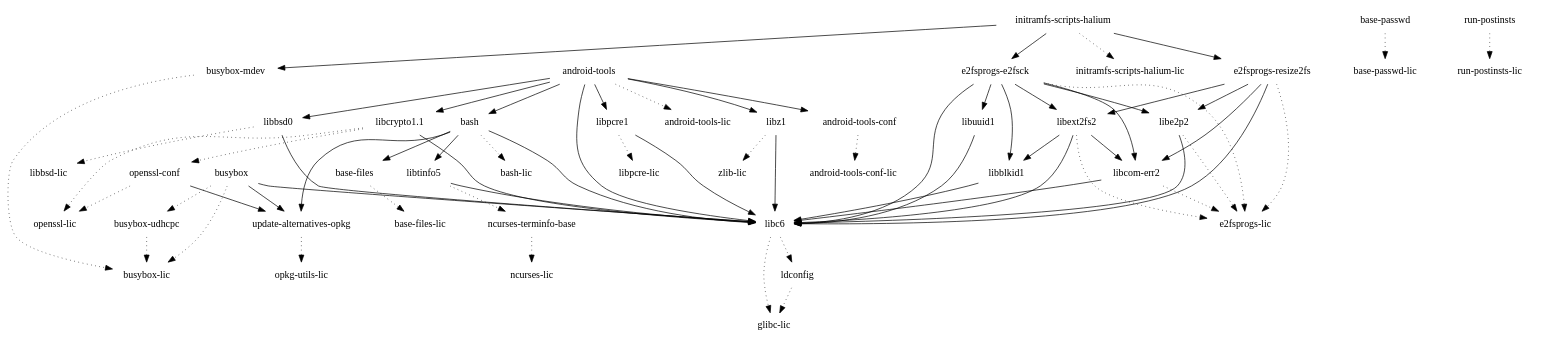
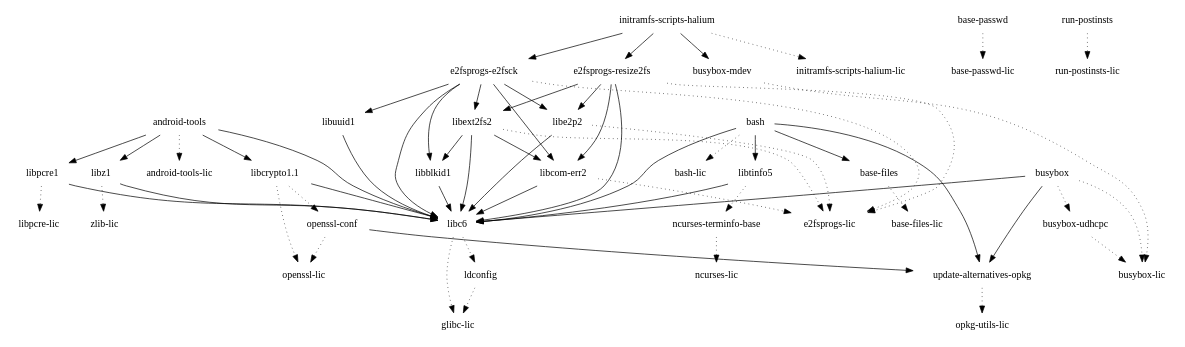
Before and after one commit to webOS-ports/buildhistory: the diagram in images/hammerhead/glibc/initramfs-android-image/depends.dot, drawn with Graphviz. The commit also changed 379 other files, not shown here.

```diff
--- a/images/hammerhead/glibc/initramfs-android-image/depends.dot
+++ b/images/hammerhead/glibc/initramfs-android-image/depends.dot
@@ -1,70 +1,64 @@
 digraph depends {
     node [shape=plaintext]
-"android-tools" -> "android-tools-conf"
 "android-tools" -> "android-tools-lic" [style=dotted]
-"android-tools" -> "bash"
-"android-tools-conf" -> "android-tools-conf-lic" [style=dotted]
-"android-tools" -> "libbsd0"
 "android-tools" -> "libc6"
 "android-tools" -> "libcrypto1.1"
 "android-tools" -> "libpcre1"
 "android-tools" -> "libz1"
 "base-files" -> "base-files-lic" [style=dotted]
 "base-passwd" -> "base-passwd-lic" [style=dotted]
 "bash" -> "base-files"
 "bash" -> "bash-lic" [style=dotted]
 "bash" -> "libc6"
 "bash" -> "libtinfo5"
 "bash" -> "update-alternatives-opkg"
 "busybox" -> "busybox-lic" [style=dotted]
 "busybox" -> "busybox-udhcpc" [style=dotted]
 "busybox" -> "libc6"
 "busybox-mdev" -> "busybox-lic" [style=dotted]
 "busybox-udhcpc" -> "busybox-lic" [style=dotted]
 "busybox" -> "update-alternatives-opkg"
 "e2fsprogs-e2fsck" -> "e2fsprogs-lic" [style=dotted]
 "e2fsprogs-e2fsck" -> "libblkid1"
 "e2fsprogs-e2fsck" -> "libc6"
 "e2fsprogs-e2fsck" -> "libcom-err2"
 "e2fsprogs-e2fsck" -> "libe2p2"
 "e2fsprogs-e2fsck" -> "libext2fs2"
 "e2fsprogs-e2fsck" -> "libuuid1"
 "e2fsprogs-resize2fs" -> "e2fsprogs-lic" [style=dotted]
 "e2fsprogs-resize2fs" -> "libc6"
 "e2fsprogs-resize2fs" -> "libcom-err2"
 "e2fsprogs-resize2fs" -> "libe2p2"
 "e2fsprogs-resize2fs" -> "libext2fs2"
 "initramfs-scripts-halium" -> "busybox-mdev"
 "initramfs-scripts-halium" -> "e2fsprogs-e2fsck"
 "initramfs-scripts-halium" -> "e2fsprogs-resize2fs"
 "initramfs-scripts-halium" -> "initramfs-scripts-halium-lic" [style=dotted]
 "ldconfig" -> "glibc-lic" [style=dotted]
 "libblkid1" -> "libc6"
-"libbsd0" -> "libbsd-lic" [style=dotted]
-"libbsd0" -> "libc6"
 "libc6" -> "glibc-lic" [style=dotted]
 "libc6" -> "ldconfig" [style=dotted]
 "libcom-err2" -> "e2fsprogs-lic" [style=dotted]
 "libcom-err2" -> "libc6"
 "libcrypto1.1" -> "libc6"
 "libcrypto1.1" -> "openssl-conf" [style=dotted]
 "libcrypto1.1" -> "openssl-lic" [style=dotted]
 "libe2p2" -> "e2fsprogs-lic" [style=dotted]
 "libe2p2" -> "libc6"
 "libext2fs2" -> "e2fsprogs-lic" [style=dotted]
 "libext2fs2" -> "libblkid1"
 "libext2fs2" -> "libc6"
 "libext2fs2" -> "libcom-err2"
 "libpcre1" -> "libc6"
 "libpcre1" -> "libpcre-lic" [style=dotted]
 "libtinfo5" -> "libc6"
 "libtinfo5" -> "ncurses-terminfo-base" [style=dotted]
 "libuuid1" -> "libc6"
 "libz1" -> "libc6"
 "libz1" -> "zlib-lic" [style=dotted]
 "ncurses-terminfo-base" -> "ncurses-lic" [style=dotted]
 "openssl-conf" -> "openssl-lic" [style=dotted]
 "openssl-conf" -> "update-alternatives-opkg"
 "run-postinsts" -> "run-postinsts-lic" [style=dotted]
 "update-alternatives-opkg" -> "opkg-utils-lic" [style=dotted]
 }
```
